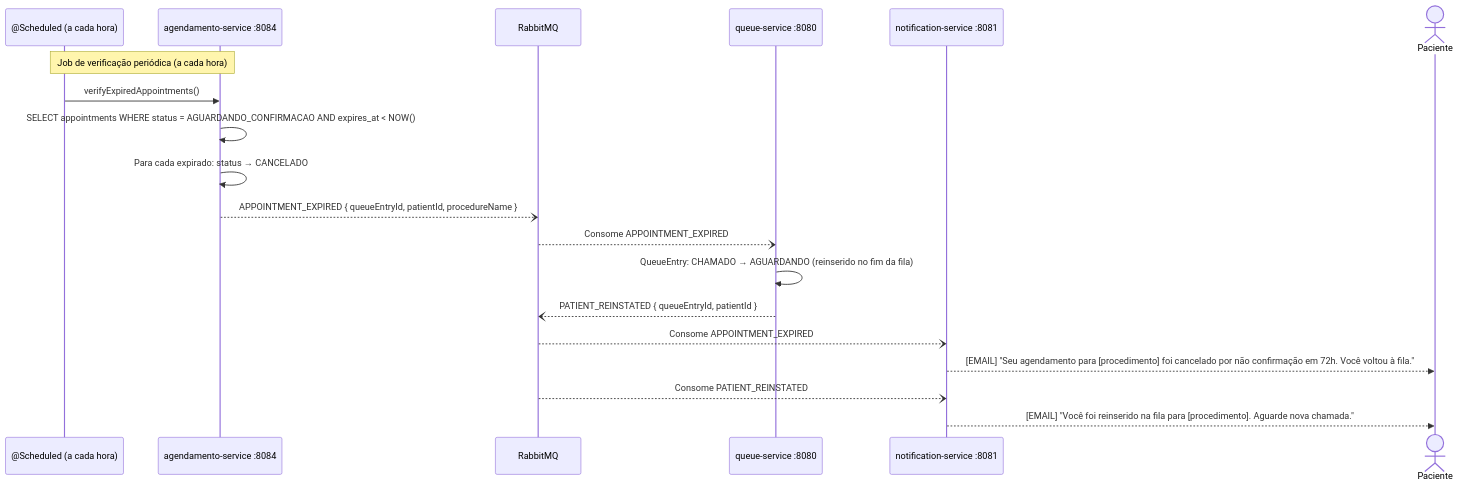
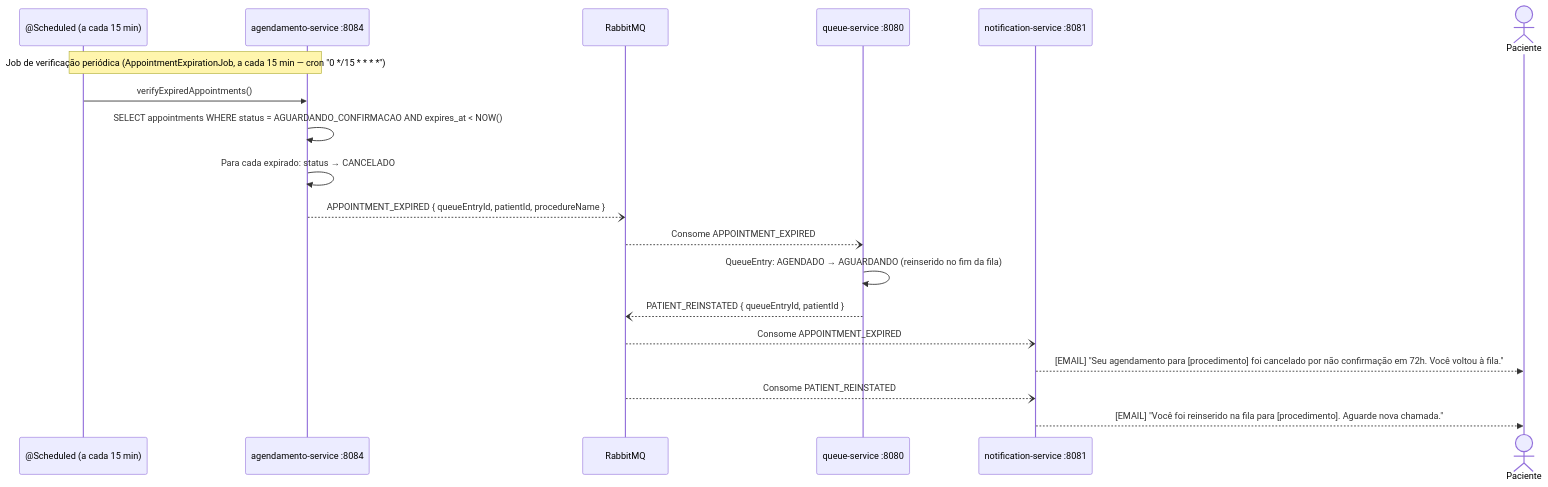
Before and after one commit to LucasBruner/Morbus: diagram 12 of 13 in docs/sequencias-diagrama.md, drawn with Mermaid. The commit also changed other lines of this file and 235 other files, not shown here.

````diff
--- a/docs/sequencias-diagrama.md
+++ b/docs/sequencias-diagrama.md
@@ -551,26 +551,26 @@
 ```mermaid
 sequenceDiagram
-    participant Job as @Scheduled (a cada hora)
+    participant Job as @Scheduled (a cada 15 min)
     participant AS as agendamento-service :8084
     participant MQ as RabbitMQ
     participant QS as queue-service :8080
     participant NS as notification-service :8081
     actor Paciente
 
-    Note over Job,AS: Job de verificação periódica (a cada hora)
+    Note over Job,AS: Job de verificação periódica (AppointmentExpirationJob, a cada 15 min — cron "0 */15 * * * *")
 
     Job->>AS: verifyExpiredAppointments()
     AS->>AS: SELECT appointments WHERE status = AGUARDANDO_CONFIRMACAO AND expires_at < NOW()
     AS->>AS: Para cada expirado: status → CANCELADO
     AS--)MQ: APPOINTMENT_EXPIRED { queueEntryId, patientId, procedureName }
 
     MQ--)QS: Consome APPOINTMENT_EXPIRED
-    QS->>QS: QueueEntry: CHAMADO → AGUARDANDO (reinserido no fim da fila)
+    QS->>QS: QueueEntry: AGENDADO → AGUARDANDO (reinserido no fim da fila)
     QS--)MQ: PATIENT_REINSTATED { queueEntryId, patientId }
 
     MQ--)NS: Consome APPOINTMENT_EXPIRED
     NS-->>Paciente: [EMAIL] "Seu agendamento para [procedimento] foi cancelado por não confirmação em 72h. Você voltou à fila."
 
     MQ--)NS: Consome PATIENT_REINSTATED
     NS-->>Paciente: [EMAIL] "Você foi reinserido na fila para [procedimento]. Aguarde nova chamada."
 ```
````
